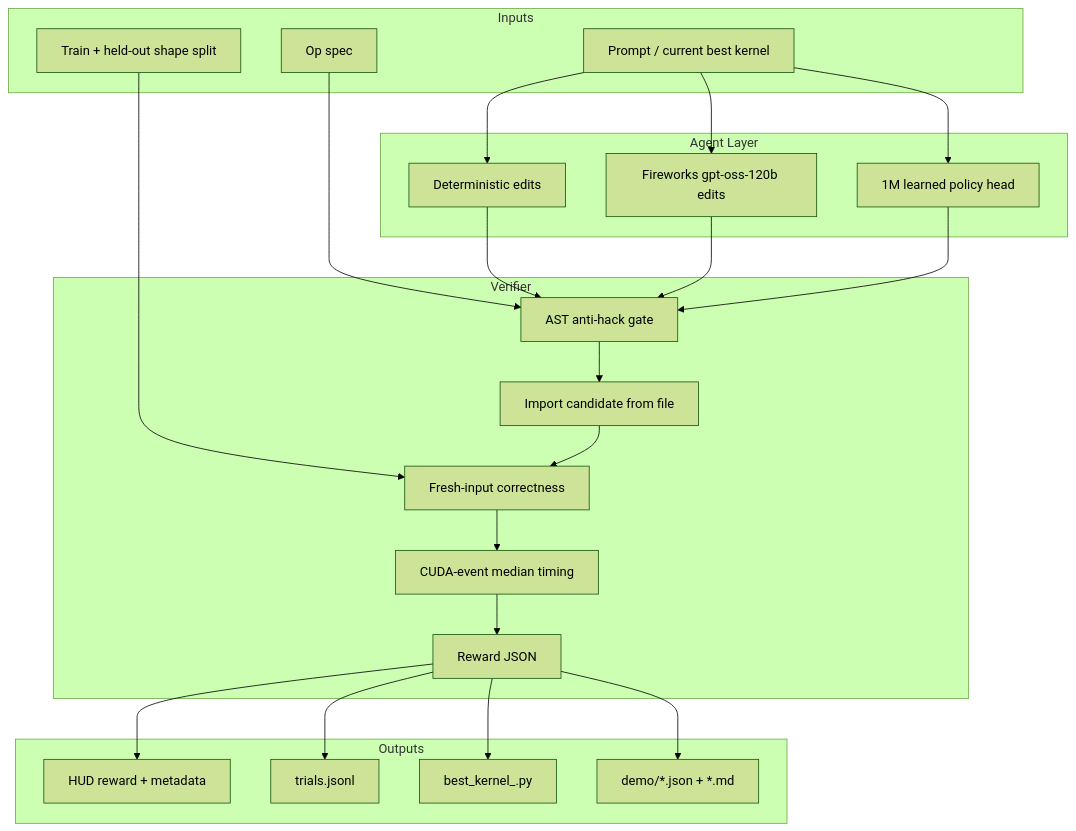
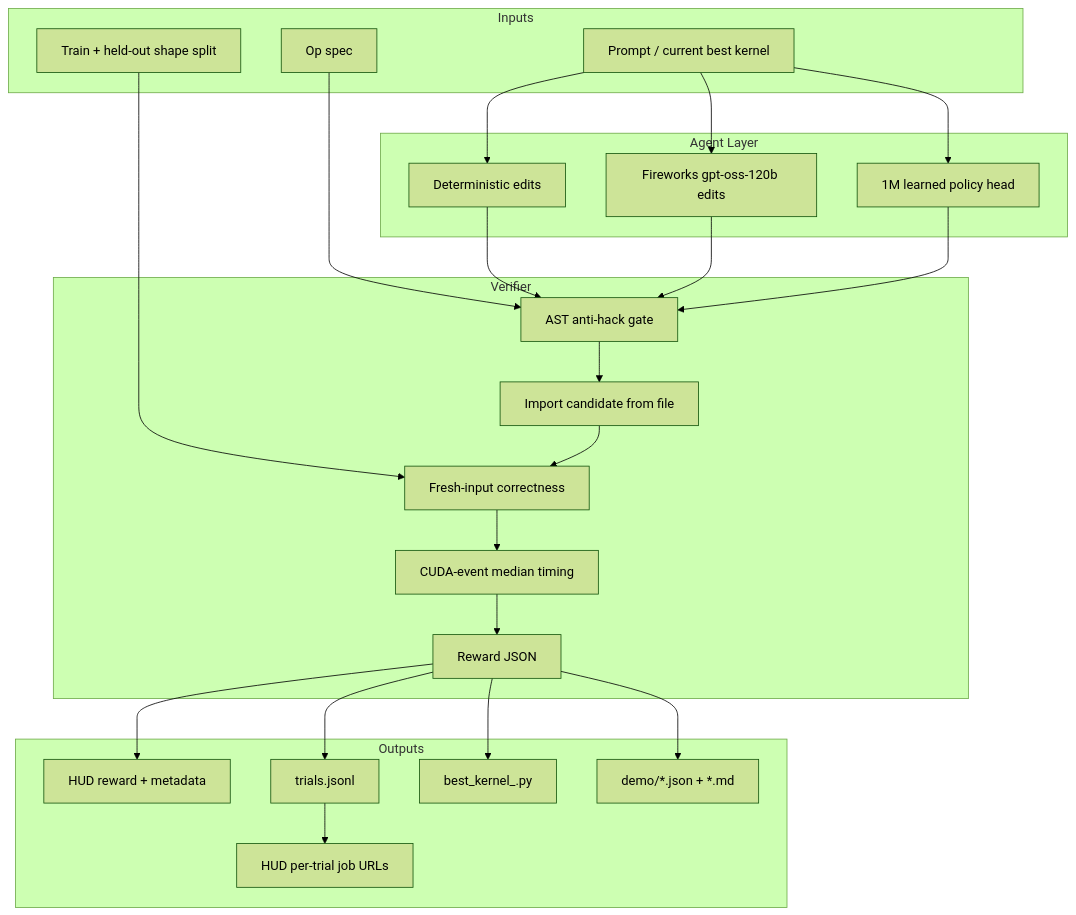
Before and after one commit to nihalnihalani/protean: the first of 2 diagrams in docs/ARCHITECTURE.md, drawn with Mermaid (forest theme). The commit also changed other lines of this file and 8 other files, not shown here.

````diff
--- a/docs/ARCHITECTURE.md
+++ b/docs/ARCHITECTURE.md
@@ -7,43 +7,45 @@
 ```mermaid
 flowchart TB
     subgraph "Inputs"
         A["Prompt / current best kernel"]
         B["Op spec"]
         C["Train + held-out shape split"]
     end
 
     subgraph "Agent Layer"
         D["Deterministic edits"]
         E["Fireworks gpt-oss-120b edits"]
         F["1M learned policy head"]
     end
 
     subgraph "Verifier"
         G["AST anti-hack gate"]
         H["Import candidate from file"]
         I["Fresh-input correctness"]
         J["CUDA-event median timing"]
         K["Reward JSON"]
     end
 
     subgraph "Outputs"
         L["HUD reward + metadata"]
         M["trials.jsonl"]
         N["best_kernel_<op>.py"]
         O["demo/*.json + *.md"]
+        P["HUD per-trial job URLs"]
     end
 
     A --> D
     A --> E
     A --> F
     B --> G
     C --> I
     D --> G
     E --> G
     F --> G
     G --> H --> I --> J --> K
     K --> L
     K --> M
     K --> N
     K --> O
+    M --> P
 ```
````
